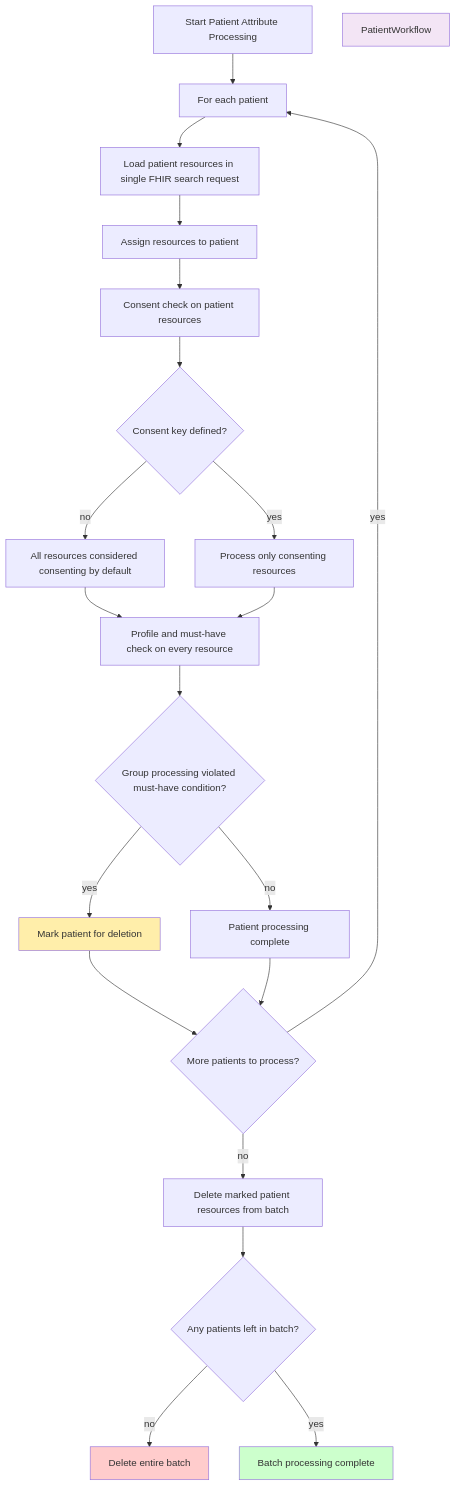
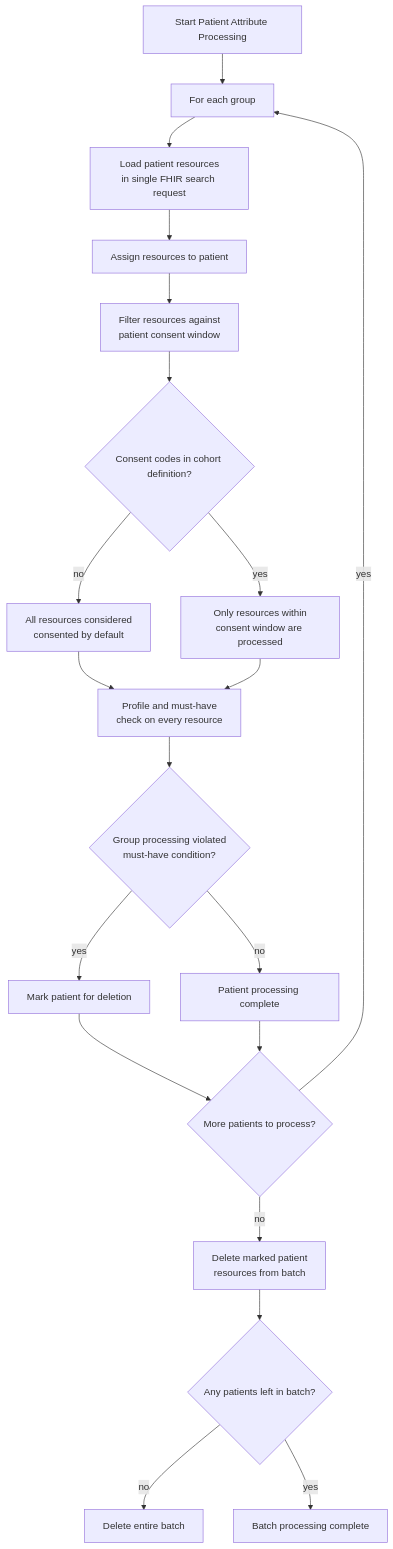
Before and after one commit to medizininformatik-initiative/torch: the second of 2 diagrams in docs/implementation/direct-load.md, drawn with Mermaid. The commit also changed other lines of this file and 9 other files, not shown here.

````diff
--- a/docs/implementation/direct-load.md
+++ b/docs/implementation/direct-load.md
@@ -58,26 +56,25 @@
 ```mermaid
 flowchart TD
-	Start[Start Patient Attribute Processing] --> ForEach[For each patient]
-	ForEach --> Load[Load patient resources in single FHIR search request]
+	Start[Start Patient Attribute Processing] --> ForEach[For each group]
+	ForEach --> Load["Load patient resources<br/>in single FHIR search request"]
 	Load --> Assign[Assign resources to patient]
-	Assign --> Consent[Consent check on patient resources]
-	Consent --> ConsentKey{Consent key defined?}
-	ConsentKey -->|no| AllConsent[All resources considered consenting by default]
-	ConsentKey -->|yes| OnlyConsent[Process only consenting resources]
-	AllConsent --> ProfileCheck[Profile and must-have check on every resource]
+	Assign --> Consent["Filter resources against<br/>patient consent window"]
+	Consent --> ConsentCodes{Consent codes in cohort definition?}
+	ConsentCodes -->|no| AllConsent["All resources considered<br/>consented by default"]
+	ConsentCodes -->|yes| OnlyConsent["Only resources within<br/>consent window are processed"]
+	AllConsent --> ProfileCheck["Profile and must-have<br/>check on every resource"]
 	OnlyConsent --> ProfileCheck
-    ProfileCheck --> MustHaveViolated{Group processing violated must-have condition?}
+    ProfileCheck --> MustHaveViolated{"Group processing violated<br/>must-have condition?"}
 	MustHaveViolated -->|yes| MarkDelete[Mark patient for deletion]
 	MustHaveViolated -->|no| PatientComplete[Patient processing complete]
 	MarkDelete --> MorePatients{More patients to process?}
 	PatientComplete --> MorePatients
 	MorePatients -->|yes| ForEach
-	MorePatients -->|no| DeleteMarked[Delete marked patient resources from batch]
+	MorePatients -->|no| DeleteMarked["Delete marked patient<br/>resources from batch"]
 	DeleteMarked --> AnyLeft{Any patients left in batch?}
 	AnyLeft -->|no| DeleteBatch[Delete entire batch]
 	AnyLeft -->|yes| BatchComplete[Batch processing complete]
-	style MarkDelete fill: #ffeeaa
-	style DeleteBatch fill: #ffcccc
-	style BatchComplete fill: #ccffcc
-    style PatientWorkflow fill: #f3e5f5
+	class MarkDelete warnNode
+	class DeleteBatch errorNode
+	class BatchComplete successNode
 ```
````
